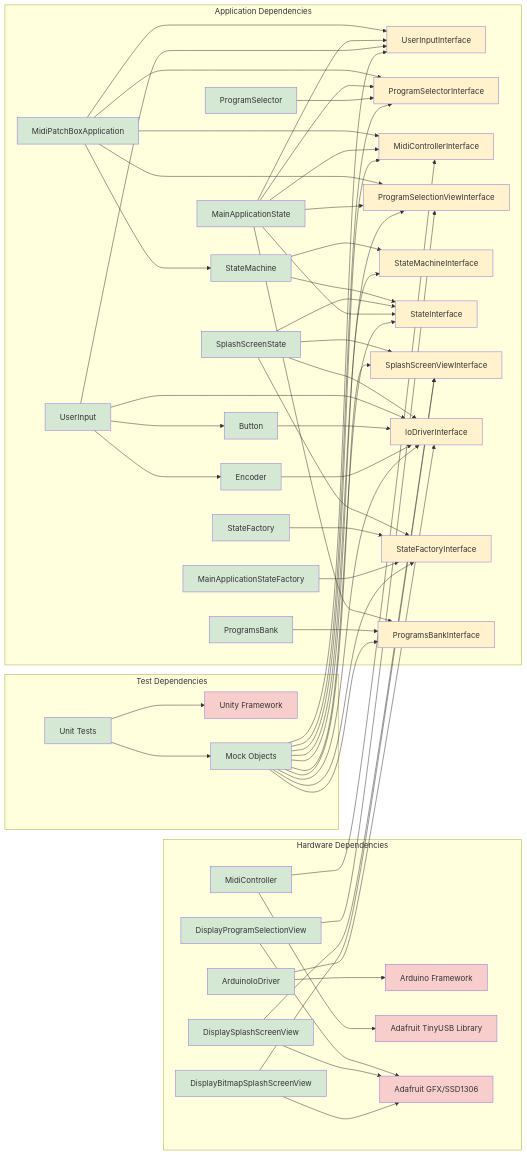
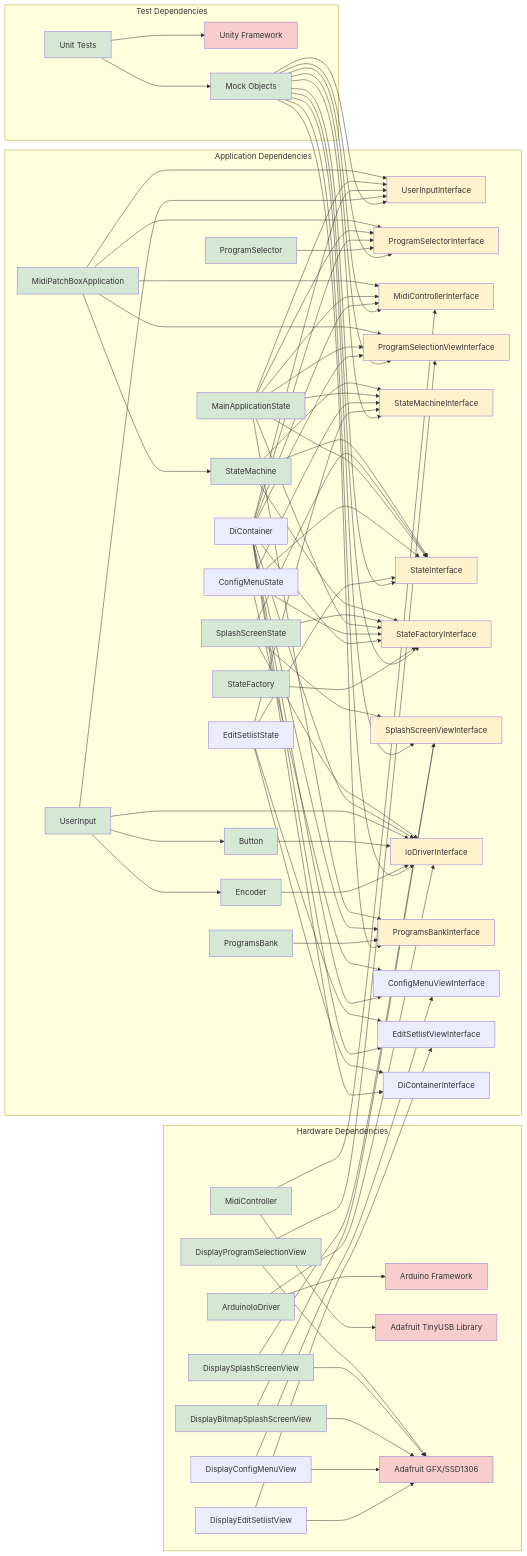
One commit to iv660/midi-patch-box changed the third of 4 diagrams in ARCHITECTURE.md. Above: the diagram before and after it, drawn with Mermaid. The commit also changed other lines of this file, not shown here.

Commit message:
doc: Update architectural documentation

```diff
--- a/ARCHITECTURE.md
+++ b/ARCHITECTURE.md
@@ -545,16 +624,42 @@
         
         SM --> SMI[StateMachineInterface]
         SM --> SI[StateInterface]
+        SM --> SFI[StateFactoryInterface]
+        
         SPS[SplashScreenState] --> SI
         SPS --> SSVI[SplashScreenViewInterface]
         SPS --> IOI[IoDriverInterface]
-        SPS --> SFI[StateFactoryInterface]
+        SPS --> SFI
+        
         MAS[MainApplicationState] --> SI
         MAS --> UII
         MAS --> PSI
         MAS --> MCI
         MAS --> PSVI
         MAS --> PBI[ProgramsBankInterface]
+        MAS --> SFI
+        MAS --> SMI
+        
+        CMS[ConfigMenuState] --> SI
+        CMS --> CMI[ConfigMenuViewInterface]
+        CMS --> SFI
+        CMS --> SMI
+        
+        ESS[EditSetlistState] --> SI
+        ESS --> ESVI[EditSetlistViewInterface]
+        ESS --> DCI[DiContainerInterface]
+        ESS --> SMI
+        
+        DC[DiContainer] --> DCI
+        DC --> SFI
+        DC --> UII
+        DC --> PSI
+        DC --> MCI
+        DC --> PSVI
+        DC --> PBI
+        DC --> CMI
+        DC --> ESVI
+        DC --> IOI
         
         UI[UserInput] --> UII
         UI --> IOI
@@ -565,7 +670,6 @@
         PS[ProgramSelector] --> PSI
         PB[ProgramsBank] --> PBI
         SF[StateFactory] --> SFI
-        MASF[MainApplicationStateFactory] --> SFI
     end
     
     subgraph "Hardware Dependencies"
@@ -581,6 +685,10 @@
         DSSV --> ADAFRUIT
         DBSSV[DisplayBitmapSplashScreenView] --> SSVI
         DBSSV --> ADAFRUIT
+        DCMDV[DisplayConfigMenuView] --> CMI[ConfigMenuViewInterface]
+        DCMDV --> ADAFRUIT
+        DESV[DisplayEditSetlistView] --> ESVI[EditSetlistViewInterface]
+        DESV --> ADAFRUIT
     end
     
     subgraph "Test Dependencies"
```
